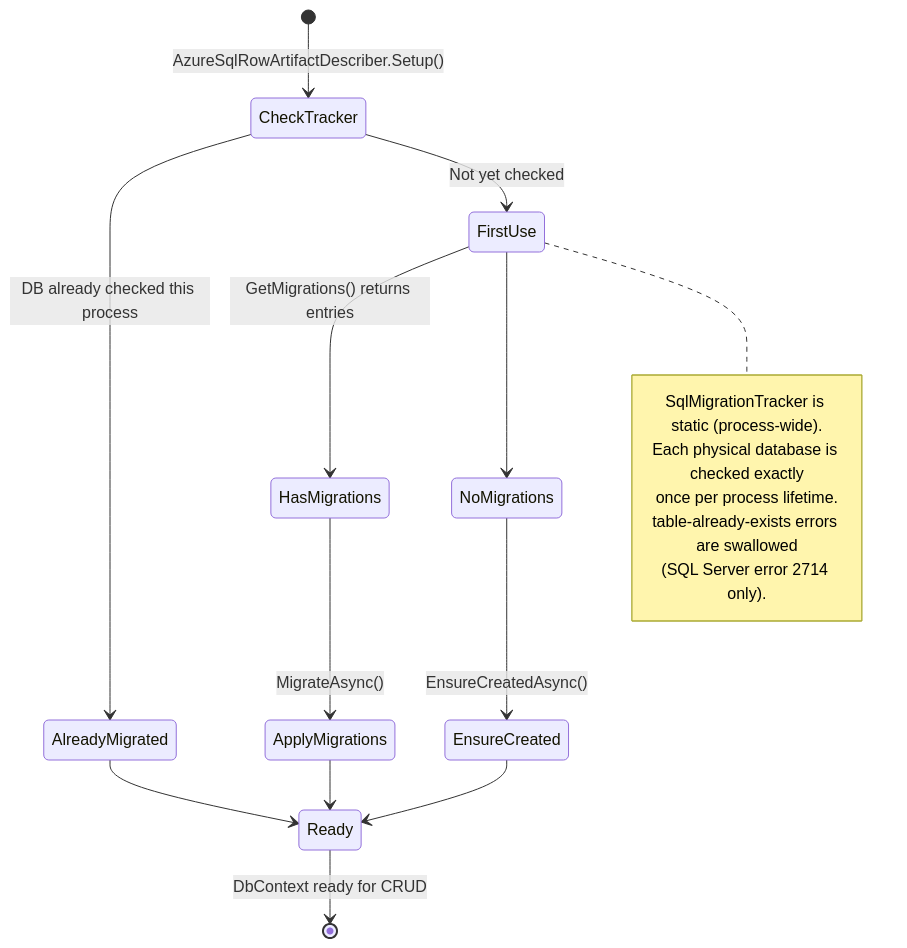
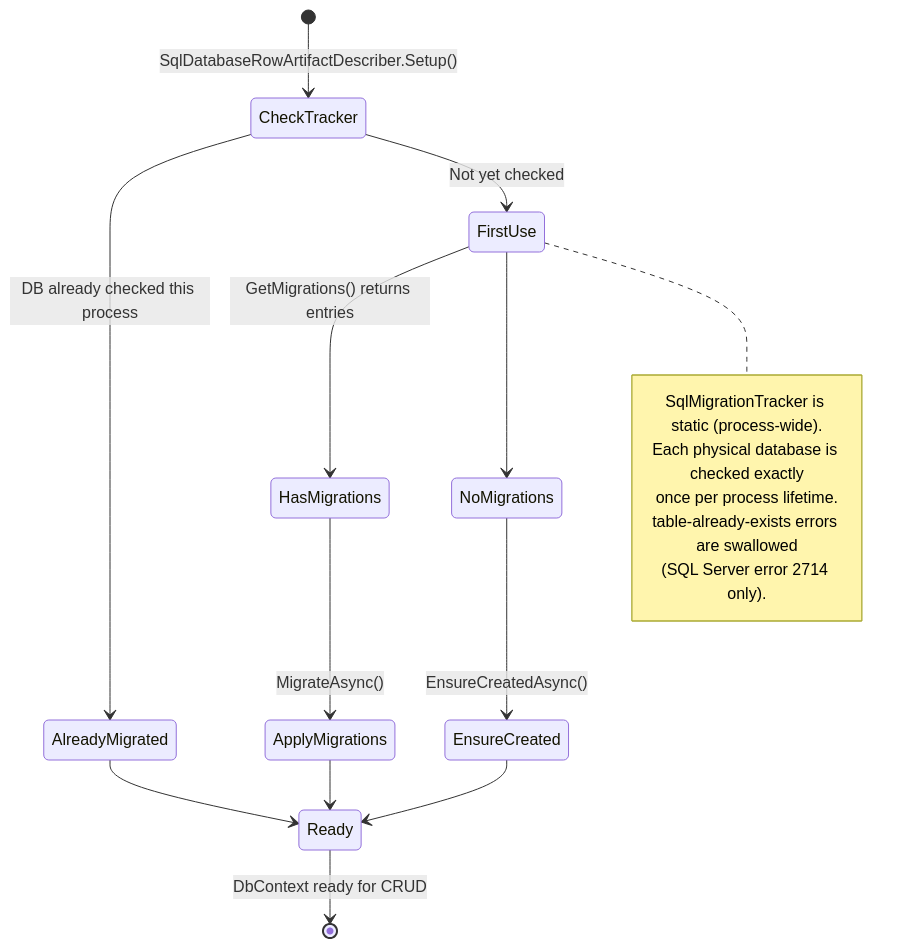
Before and after one commit to DeadMoon0/TestFramework-Azure: diagram 16 of 17 in Documentation/Arc42.md, drawn with Mermaid. The commit also changed other lines of this file and 70 other files, not shown here.

````diff
--- a/Documentation/Arc42.md
+++ b/Documentation/Arc42.md
@@ -708,24 +708,24 @@
 ```mermaid
 stateDiagram-v2
-    [*] --> CheckTracker : AzureSqlRowArtifactDescriber.Setup()
+    [*] --> CheckTracker : SqlDatabaseRowArtifactDescriber.Setup()
     CheckTracker --> AlreadyMigrated : DB already checked this process
     AlreadyMigrated --> Ready
 
     CheckTracker --> FirstUse : Not yet checked
     FirstUse --> HasMigrations : GetMigrations() returns entries
     HasMigrations --> ApplyMigrations : MigrateAsync()
     FirstUse --> NoMigrations
     NoMigrations --> EnsureCreated : EnsureCreatedAsync()
     ApplyMigrations --> Ready
     EnsureCreated --> Ready
 
     Ready --> [*] : DbContext ready for CRUD
 
     note right of FirstUse
         SqlMigrationTracker is static (process-wide).
         Each physical database is checked exactly
         once per process lifetime.
         table-already-exists errors are swallowed
         (SQL Server error 2714 only).
     end note
 ```
````
